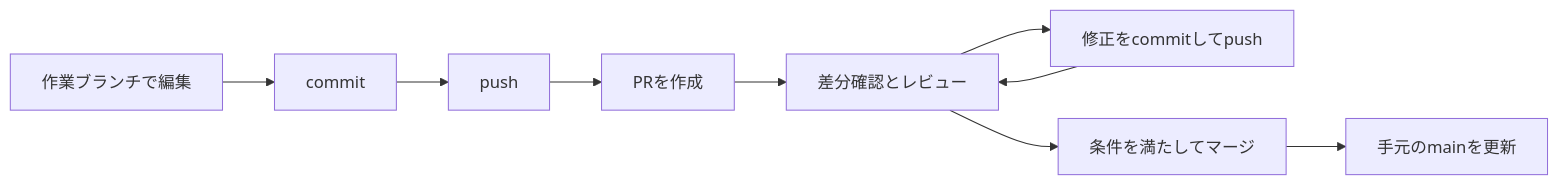
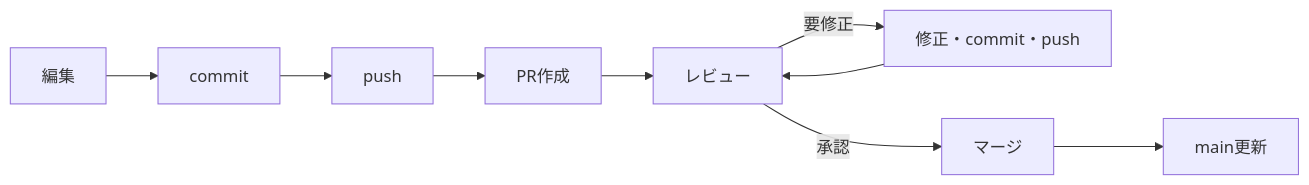
The diagram in github/pull-requests.md (xtatrax/git-tutorial-public), drawn with Mermaid before and after one commit.

Commit message:
[fix] プルリクフローを少し修正

````diff
--- a/github/pull-requests.md
+++ b/github/pull-requests.md
@@ -46,11 +46,8 @@
 ```mermaid
 flowchart LR
-    A[作業ブランチで編集] --> B[commit]
-    B --> C[push]
-    C --> D[PRを作成]
-    D --> E[差分確認とレビュー]
-    E --> F[修正をcommitしてpush]
+    A[編集] --> B[commit] --> C[push] --> D[PR作成]
+    D --> E[レビュー]
+    E -->|要修正| F[修正・commit・push]
     F --> E
-    E --> G[条件を満たしてマージ]
-    G --> H[手元のmainを更新]
+    E -->|承認| G[マージ] --> H[main更新]
 ```
````
